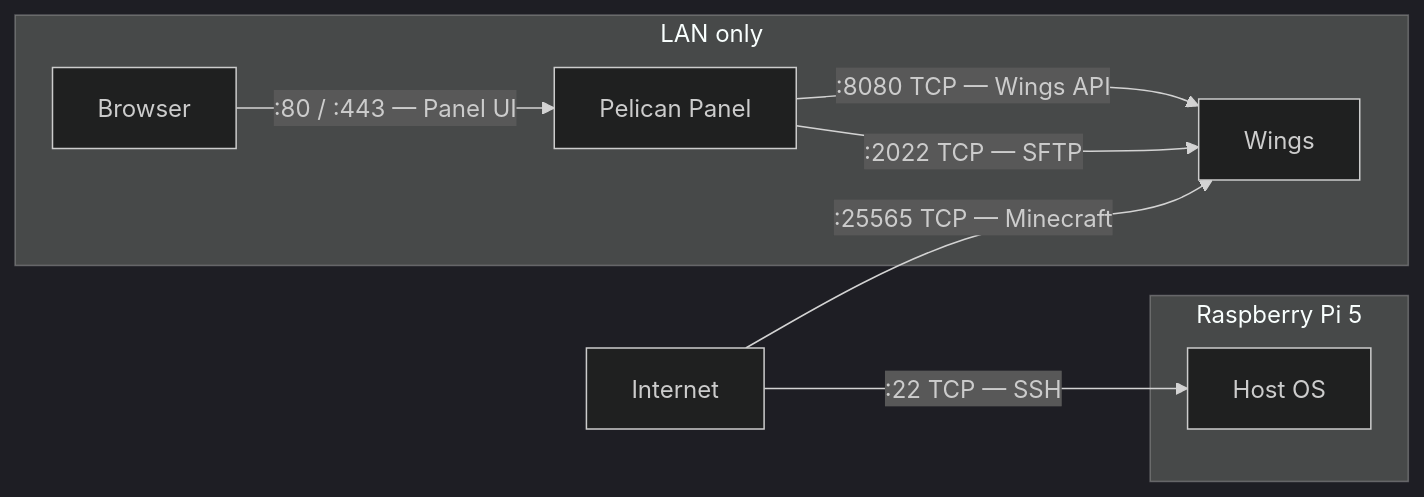
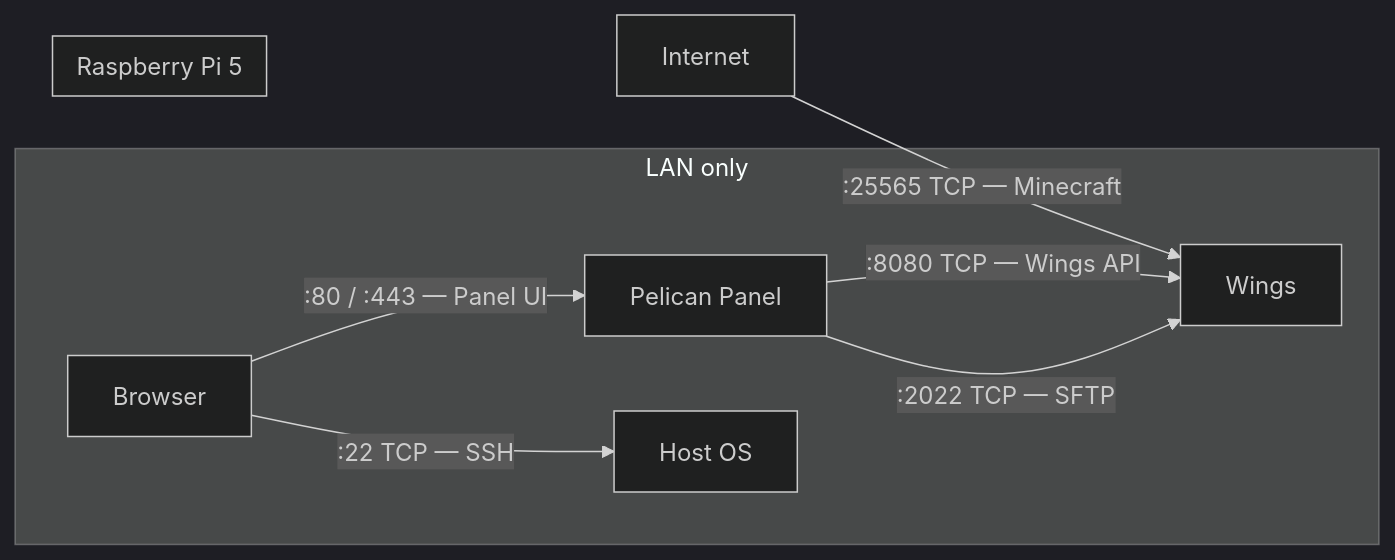
Before and after one commit to Jannis510/self-hosted-gameserver: the diagram in docs/security.md, drawn with Mermaid (dark theme). The commit also changed other lines of this file and 3 other files, not shown here.

````diff
--- a/docs/security.md
+++ b/docs/security.md
@@ -58,17 +58,17 @@
 ```mermaid
 graph LR
     Internet -->|":25565 TCP — Minecraft"| Wings
-    Internet -->|":22 TCP — SSH"| Host
 
     subgraph LAN ["LAN only"]
         Panel -->|":8080 TCP — Wings API"| Wings
         Panel -->|":2022 TCP — SFTP"| Wings
         Browser -->|":80 / :443 — Panel UI"| Panel
+        Browser -->|":22 TCP — SSH"| Host
     end
 
     subgraph Pi ["Raspberry Pi 5"]
         Host["Host OS"]
         Panel["Pelican Panel"]
         Wings["Wings"]
     end
 ```
````
